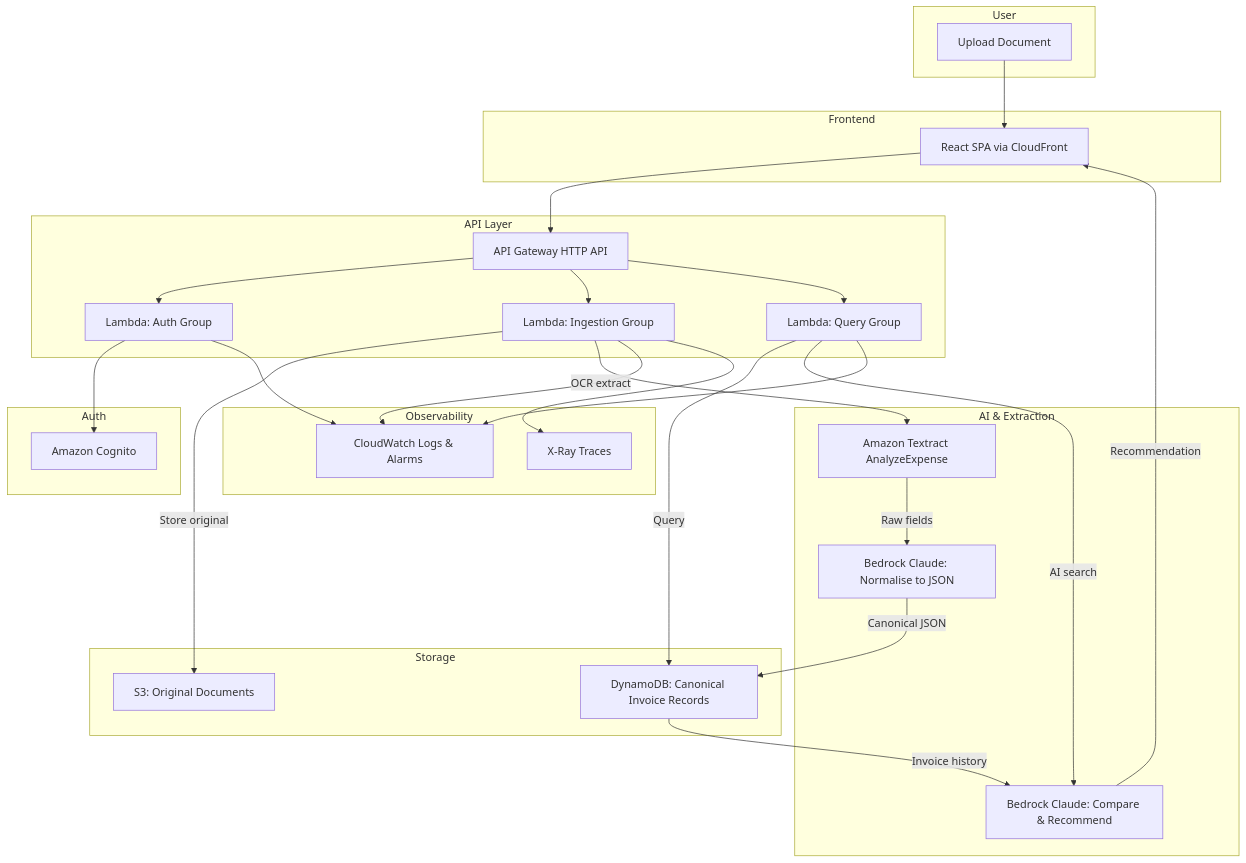
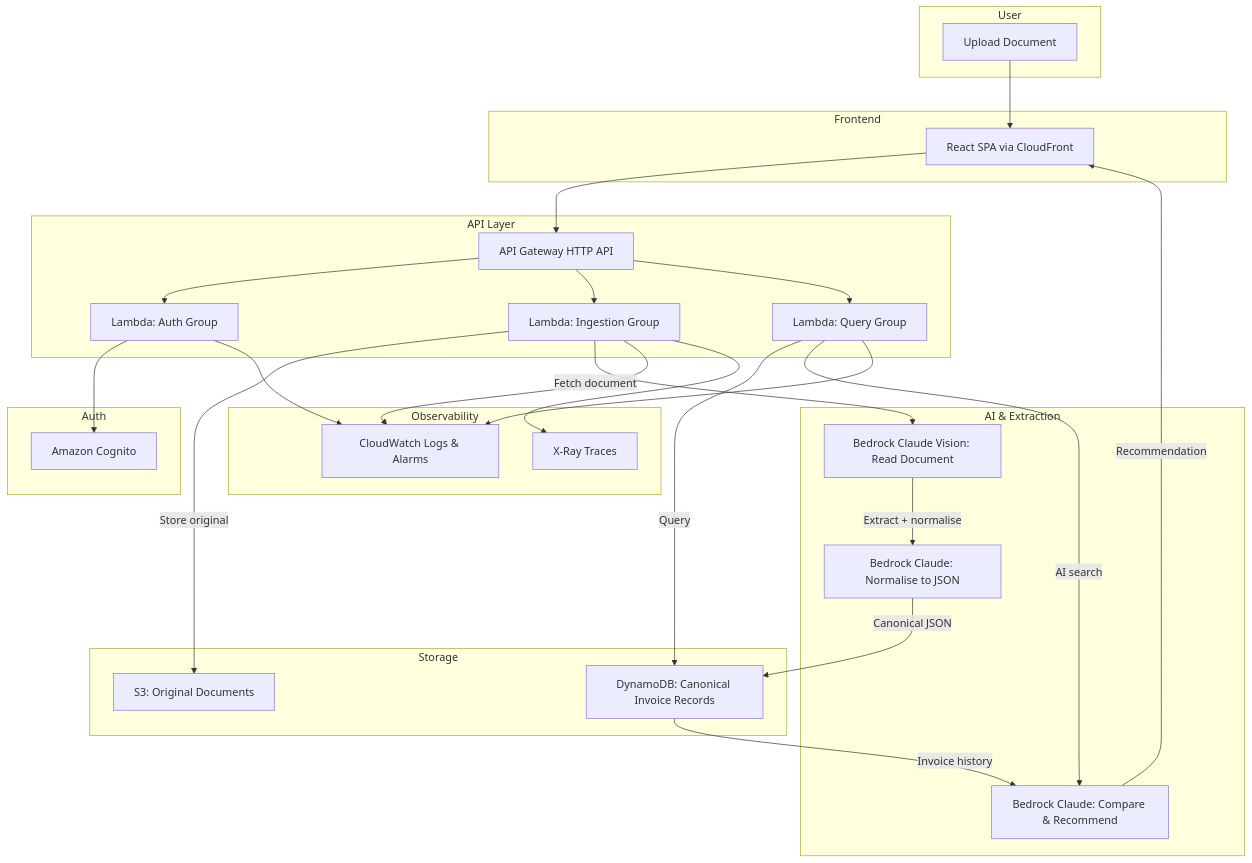
The diagram in README.md (igorbnd/hackathon08), drawn with Mermaid before and after one commit. The commit also changed other lines of this file and 1 other file, not shown here.

First line of the commit message:
docs: update README for new features and Bedrock vision extraction

````diff
--- a/README.md
+++ b/README.md
@@ -138,58 +157,58 @@
 ```mermaid
 flowchart TD
     subgraph User
         A[Upload Document]
     end
 
     subgraph Frontend
         B[React SPA via CloudFront]
     end
 
     subgraph API Layer
         C[API Gateway HTTP API]
         D[Lambda: Ingestion Group]
         E[Lambda: Query Group]
         F[Lambda: Auth Group]
     end
 
     subgraph AI & Extraction
-        G[Amazon Textract AnalyzeExpense]
+        G[Bedrock Claude Vision: Read Document]
         H[Bedrock Claude: Normalise to JSON]
         I[Bedrock Claude: Compare & Recommend]
     end
 
     subgraph Storage
         J[S3: Original Documents]
         K[DynamoDB: Canonical Invoice Records]
     end
 
     subgraph Auth
         L[Amazon Cognito]
     end
 
     subgraph Observability
         M[CloudWatch Logs & Alarms]
         N[X-Ray Traces]
     end
 
     A --> B
     B --> C
     C --> F --> L
     C --> D
     C --> E
 
     D -->|Store original| J
-    D -->|OCR extract| G
-    G -->|Raw fields| H
+    D -->|Fetch document| G
+    G -->|Extract + normalise| H
     H -->|Canonical JSON| K
     K -->|Invoice history| I
     I -->|Recommendation| B
 
     E -->|Query| K
     E -->|AI search| I
 
     D --> M
     E --> M
     F --> M
     D --> N
 ```
````
